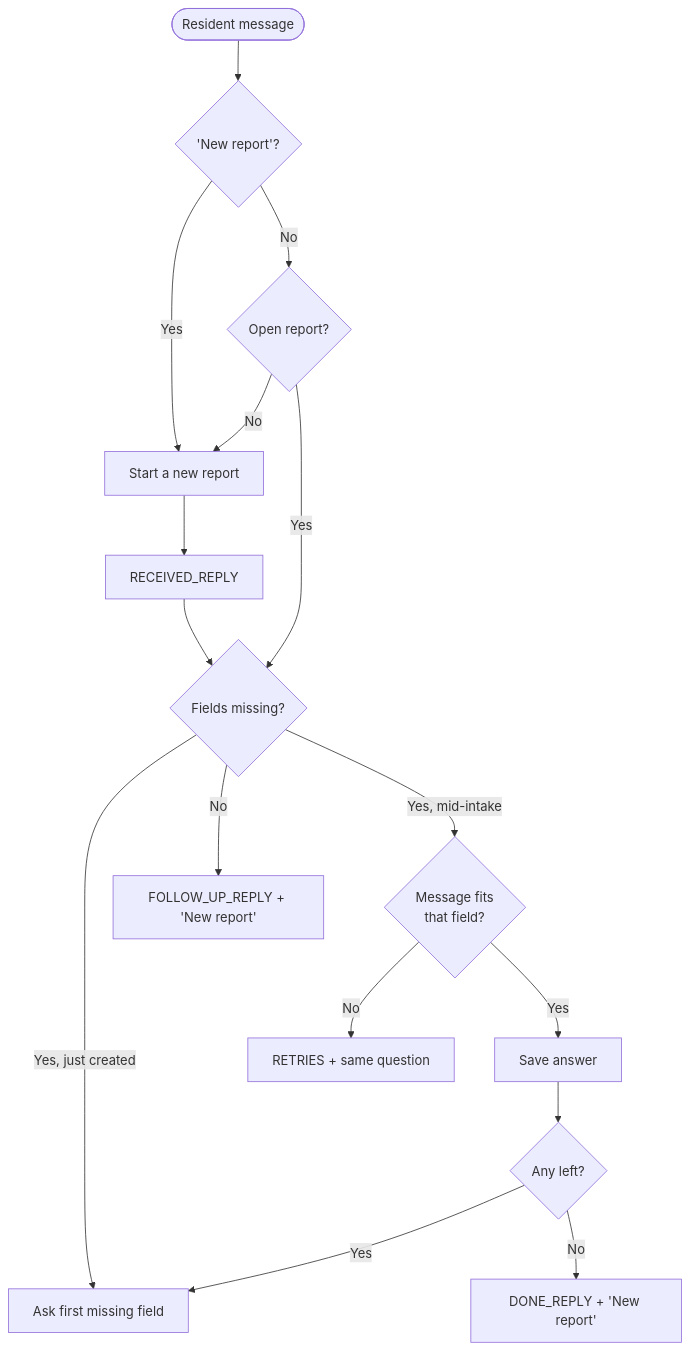
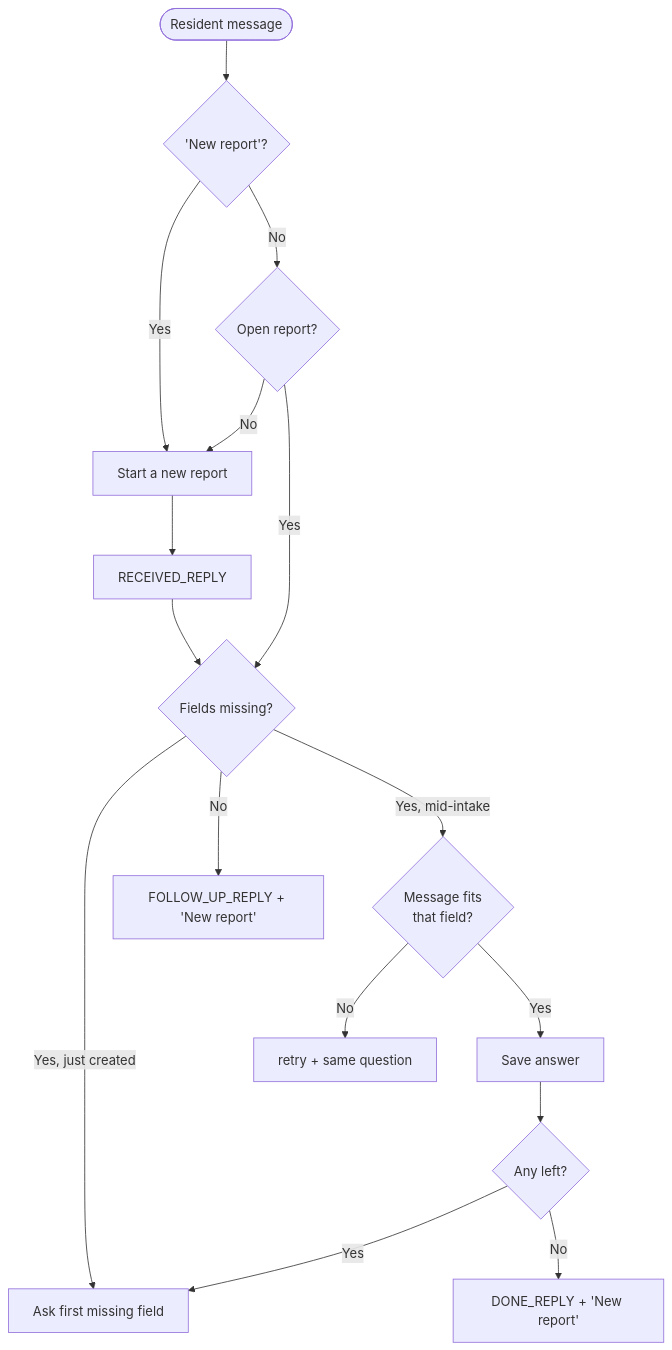
The diagram in docs/intake.md (jtmedalla/cmsc128-project), drawn with Mermaid before and after one commit. The commit also changed other lines of this file and 6 other files, not shown here.

````diff
--- a/docs/intake.md
+++ b/docs/intake.md
@@ -34,16 +34,16 @@
 ```mermaid
 flowchart TD
     A(["Resident message"]) --> NR{"'New report'?"}
     NR -->|Yes| NEW["Start a new report"]
     NR -->|No| O{"Open report?"}
     O -->|No| NEW
     NEW --> ACK["RECEIVED_REPLY"] --> M
     O -->|Yes| M{"Fields missing?"}
     M -->|"Yes, just created"| ASK["Ask first missing field"]
     M -->|"Yes, mid-intake"| ANS{"Message fits<br/>that field?"}
     ANS -->|Yes| SAVE["Save answer"] --> M2{"Any left?"}
-    ANS -->|No| RETRY["RETRIES + same question"]
+    ANS -->|No| RETRY["retry + same question"]
     M2 -->|Yes| ASK
     M2 -->|No| DONE["DONE_REPLY + 'New report'"]
     M -->|No| FU["FOLLOW_UP_REPLY + 'New report'"]
 ```
````
